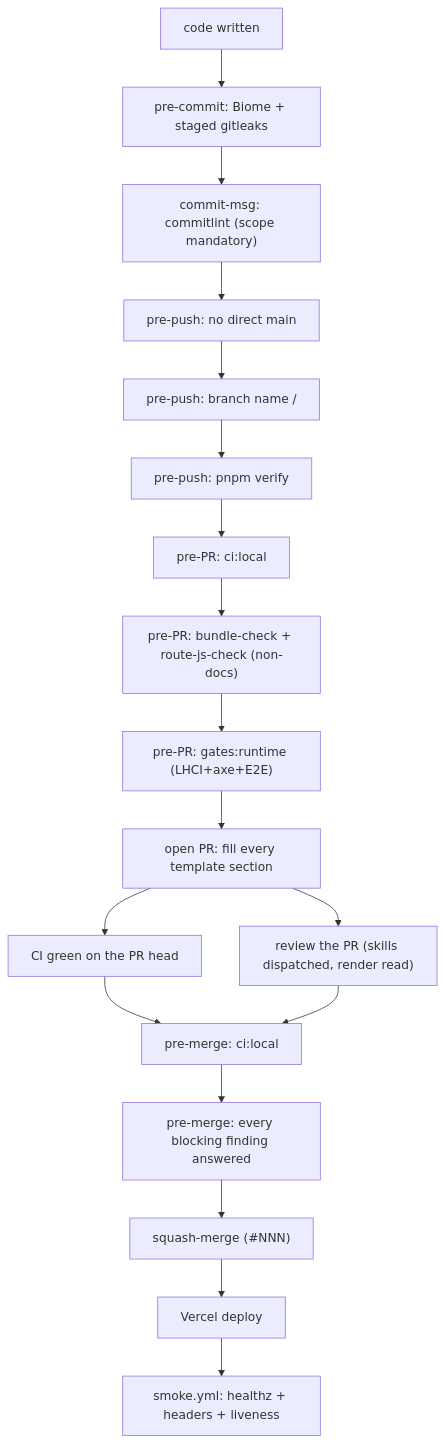
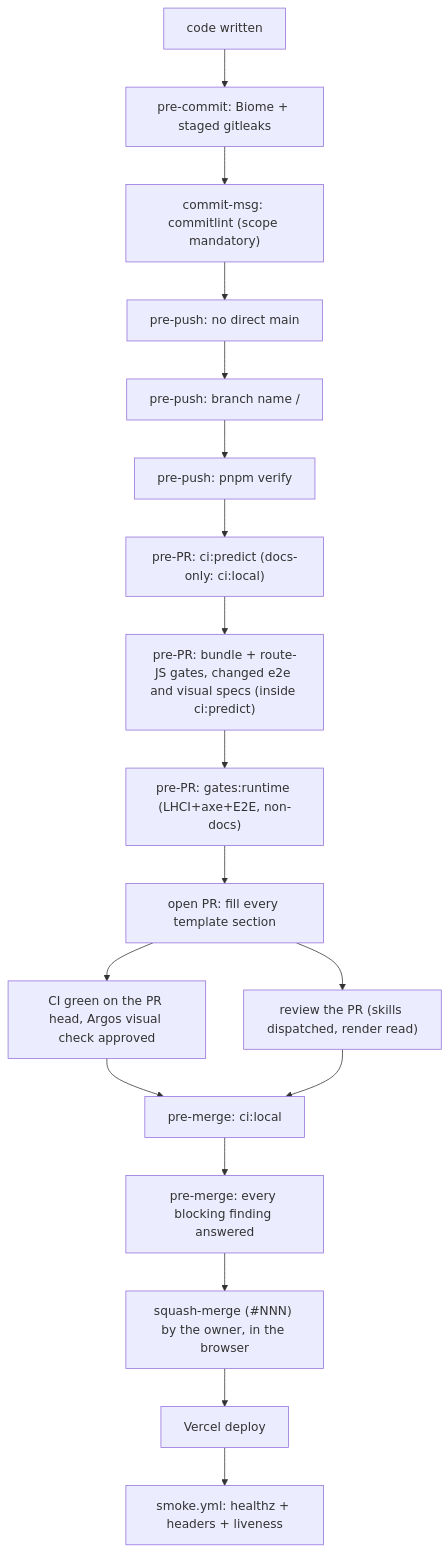
Before and after one commit to erikunha/portfolio: the first of 2 diagrams in docs/handbook/review-merge-release.md, drawn with Mermaid. The commit also changed other lines of this file and 50 other files, not shown here.

````diff
--- a/docs/handbook/review-merge-release.md
+++ b/docs/handbook/review-merge-release.md
@@ -7,20 +7,20 @@
 ```mermaid
 flowchart TD
     write["code written"] --> c1["pre-commit: Biome + staged gitleaks"]
     c1 --> c2["commit-msg: commitlint (scope mandatory)"]
     c2 --> p1["pre-push: no direct main"]
     p1 --> p2["pre-push: branch name <type>/<desc>"]
     p2 --> p5["pre-push: pnpm verify"]
-    p5 --> r1["pre-PR: ci:local"]
-    r1 --> r2["pre-PR: bundle-check + route-js-check (non-docs)"]
-    r2 --> r4["pre-PR: gates:runtime (LHCI+axe+E2E)"]
+    p5 --> r1["pre-PR: ci:predict (docs-only: ci:local)"]
+    r1 --> r2["pre-PR: bundle + route-JS gates, changed e2e and visual specs (inside ci:predict)"]
+    r2 --> r4["pre-PR: gates:runtime (LHCI+axe+E2E, non-docs)"]
     r4 --> o1["open PR: fill every template section"]
-    o1 --> o1b["CI green on the PR head"]
+    o1 --> o1b["CI green on the PR head, Argos visual check approved"]
     o1 --> o2["review the PR (skills dispatched, render read)"]
     o1b --> m1["pre-merge: ci:local"]
     o2 --> m1
     m1 --> m4["pre-merge: every blocking finding answered"]
-    m4 --> merge["squash-merge (#NNN)"]
+    m4 --> merge["squash-merge (#NNN) by the owner, in the browser"]
     merge --> deploy["Vercel deploy"]
     deploy --> smoke["smoke.yml: healthz + headers + liveness"]
 ```
````
